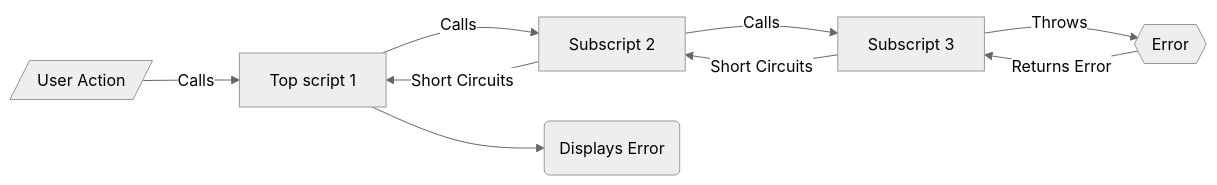
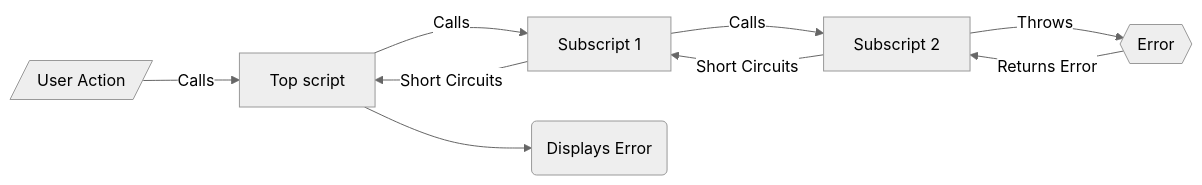
Before and after one commit to CloudChi/FX-Framework: the second of 2 diagrams in Error_Trapping_Returning.md, drawn with Mermaid (neutral theme). The commit also changed other lines of this file and 3 other files, not shown here.

````diff
--- a/Error_Trapping_Returning.md
+++ b/Error_Trapping_Returning.md
@@ -32,11 +30,11 @@
 ```mermaid
 graph LR
-    A[/User Action/] -- Calls --> B[Top script 1] 
-    B -- Calls --> C[Subscript 2] 
-    C -- Calls --> D[Subscript 3] 
+    A[/User Action/] -- Calls --> B[Top script] 
+    B -- Calls --> C[Subscript 1] 
+    C -- Calls --> D[Subscript 2] 
     D -- Throws --> E{{Error}}
     E -- Returns Error --> D
     D -- Short Circuits --> C
     C -- Short Circuits --> B
     B --> H(Displays Error)    
 ```
````
